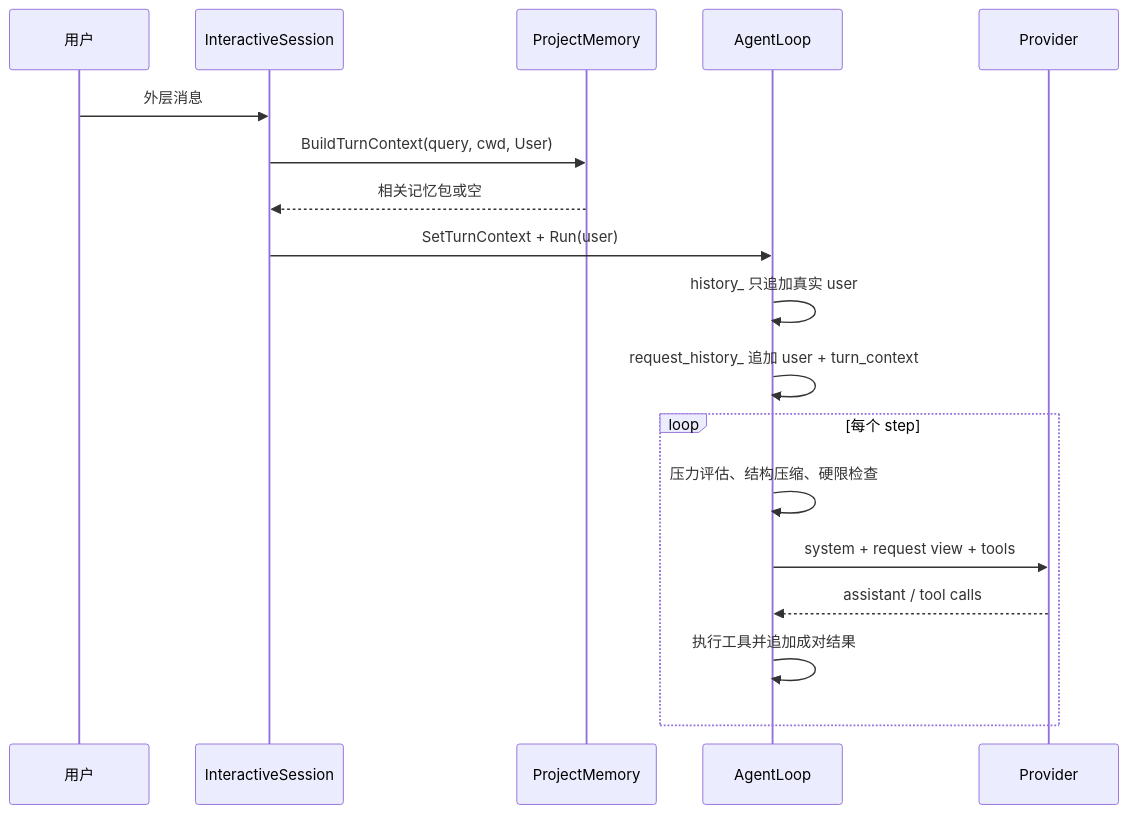
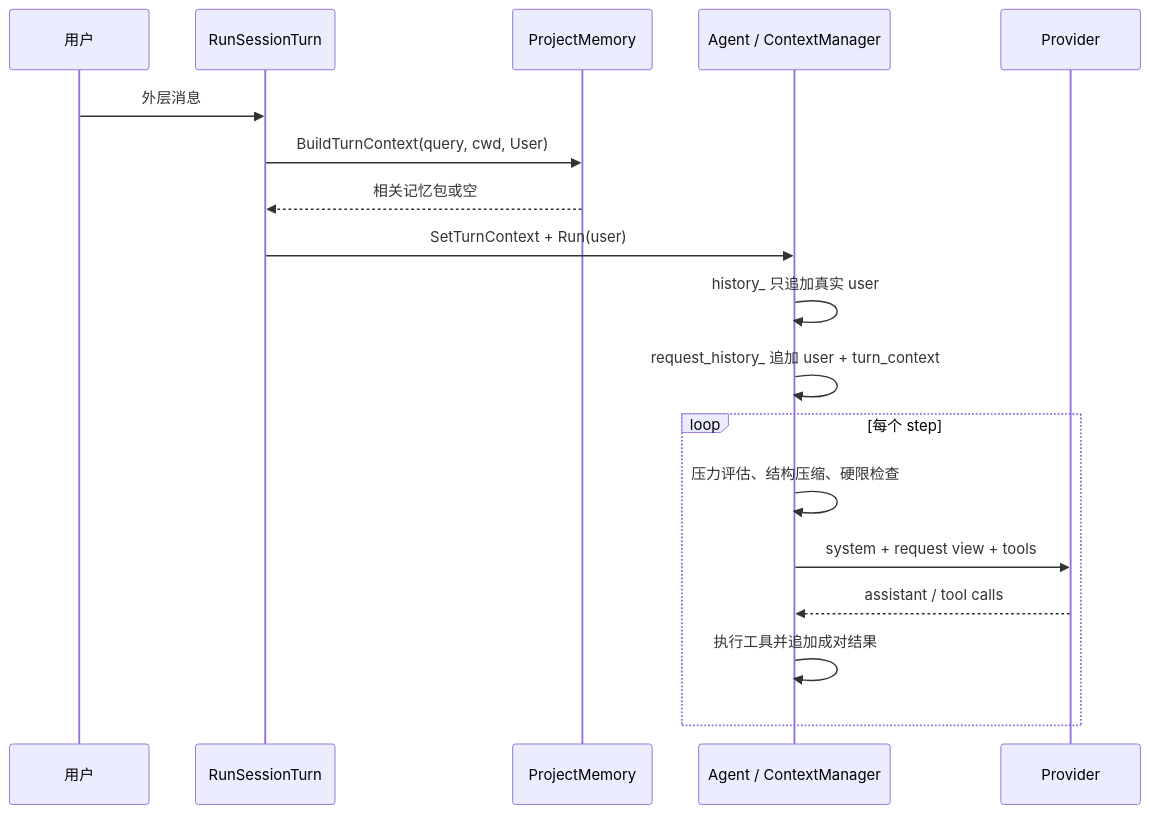
The diagram in docs/architecture/memory/context.md (relic-yuexi/LubanCode), drawn with Mermaid before and after one commit. The commit also changed other lines of this file and 18 other files, not shown here.

Commit message:
docs(architecture): 对齐会话拆分与四协议边界

````diff
--- a/docs/architecture/memory/context.md
+++ b/docs/architecture/memory/context.md
@@ -26,20 +26,22 @@
 ```mermaid
 sequenceDiagram
+    accTitle: 单轮上下文组装
+    accDescr: 用户消息先召回项目记忆，再交给 Agent 与 ContextManager；每个模型步骤都沿用本轮上下文，执行工具并回填结果。
     participant U as 用户
-    participant App as InteractiveSession
+    participant App as RunSessionTurn
     participant M as ProjectMemory
-    participant L as AgentLoop
+    participant L as Agent / ContextManager
     participant API as Provider
     U->>App: 外层消息
     App->>M: BuildTurnContext(query, cwd, User)
     M-->>App: 相关记忆包或空
     App->>L: SetTurnContext + Run(user)
     L->>L: history_ 只追加真实 user
     L->>L: request_history_ 追加 user + turn_context
     loop 每个 step
         L->>L: 压力评估、结构压缩、硬限检查
         L->>API: system + request view + tools
         API-->>L: assistant / tool calls
         L->>L: 执行工具并追加成对结果
     end
 ```
````
